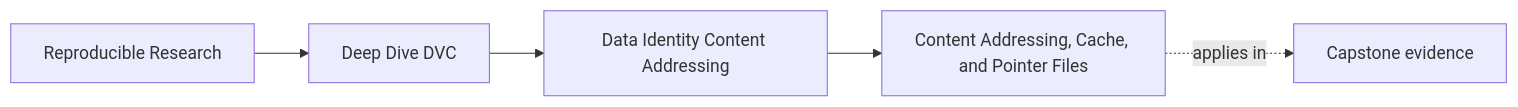
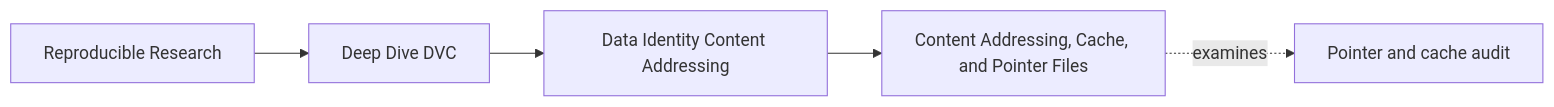
One commit to bijux/bijux-masterclass changed the first of 4 diagrams in programs/reproducible-research/deep-dive-dvc/course-book/module-02-data-identity-content-addressing/content-addressing-cache-and-pointer-files.md. Above: the diagram before and after it, drawn with Mermaid. The commit also changed other lines of this file, not shown here.

Commit message:
docs(dvc): trace pointer identity into cached bytes

````diff
--- a/programs/reproducible-research/deep-dive-dvc/course-book/module-02-data-identity-content-addressing/content-addressing-cache-and-pointer-files.md
+++ b/programs/reproducible-research/deep-dive-dvc/course-book/module-02-data-identity-content-addressing/content-addressing-cache-and-pointer-files.md
@@ -7,11 +6,11 @@
 ```mermaid
 graph LR
   family["Reproducible Research"]
   program["Deep Dive DVC"]
   section["Data Identity Content Addressing"]
   page["Content Addressing, Cache, and Pointer Files"]
-  capstone["Capstone evidence"]
+  capstone["Pointer and cache audit"]
 
   family --> program --> section --> page
-  page -.applies in.-> capstone
+  page -.examines.-> capstone
 ```
````
